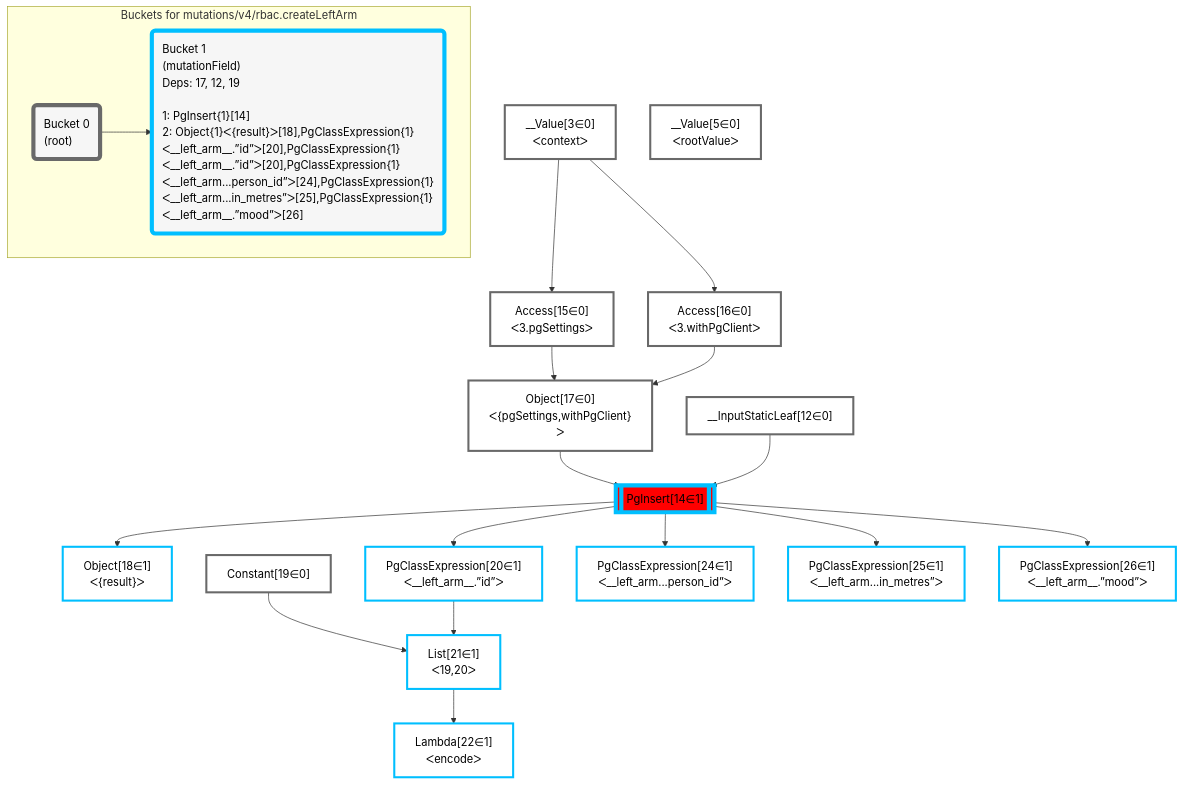
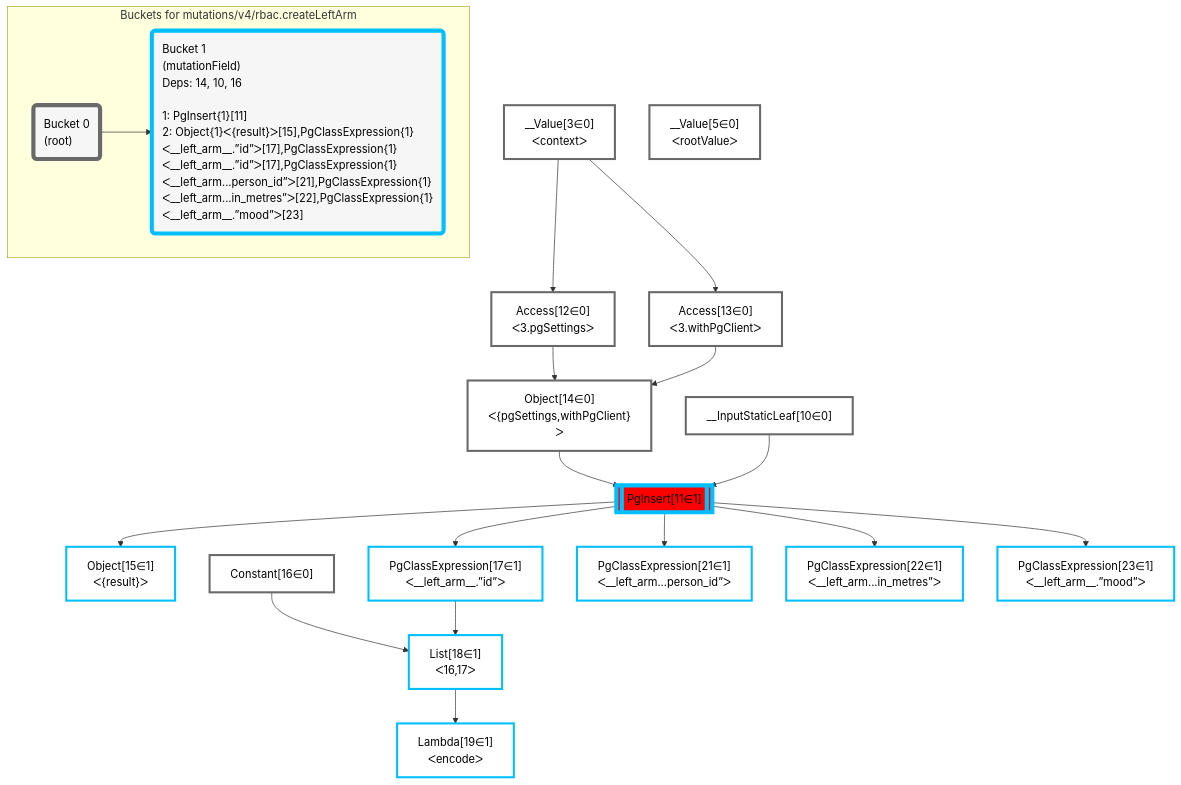
One commit to graphile/crystal changed the diagram in packages/postgraphile/__tests__/mutations/v4/rbac.createLeftArm.mermaid. Above: the diagram before and after it, drawn with Mermaid. The commit also changed 4 other files, not shown here.

Commit message:
Update mermaid plans

```diff
--- a/packages/postgraphile/__tests__/mutations/v4/rbac.createLeftArm.mermaid
+++ b/packages/postgraphile/__tests__/mutations/v4/rbac.createLeftArm.mermaid
@@ -1,47 +1,47 @@
 graph TD
     classDef path fill:#eee,stroke:#000,color:#000
     classDef plan fill:#fff,stroke-width:3px,color:#000
     classDef itemplan fill:#fff,stroke-width:6px,color:#000
     classDef sideeffectplan fill:#f00,stroke-width:6px,color:#000
     classDef bucket fill:#f6f6f6,color:#000,stroke-width:6px,text-align:left
 
 
     %% define steps
     __Value3["__Value[3∈0]<br />ᐸcontextᐳ"]:::plan
     __Value5["__Value[5∈0]<br />ᐸrootValueᐳ"]:::plan
-    __InputStaticLeaf12["__InputStaticLeaf[12∈0]"]:::plan
-    Access15["Access[15∈0]<br />ᐸ3.pgSettingsᐳ"]:::plan
-    Access16["Access[16∈0]<br />ᐸ3.withPgClientᐳ"]:::plan
-    Object17["Object[17∈0]<br />ᐸ{pgSettings,withPgClient}ᐳ"]:::plan
-    PgInsert14[["PgInsert[14∈1]"]]:::sideeffectplan
-    Object18["Object[18∈1]<br />ᐸ{result}ᐳ"]:::plan
-    Constant19["Constant[19∈0]"]:::plan
-    PgClassExpression20["PgClassExpression[20∈1]<br />ᐸ__left_arm__.”id”ᐳ"]:::plan
-    List21["List[21∈1]<br />ᐸ19,20ᐳ"]:::plan
-    Lambda22["Lambda[22∈1]<br />ᐸencodeᐳ"]:::plan
-    PgClassExpression24["PgClassExpression[24∈1]<br />ᐸ__left_arm...person_id”ᐳ"]:::plan
-    PgClassExpression25["PgClassExpression[25∈1]<br />ᐸ__left_arm...in_metres”ᐳ"]:::plan
-    PgClassExpression26["PgClassExpression[26∈1]<br />ᐸ__left_arm__.”mood”ᐳ"]:::plan
+    __InputStaticLeaf10["__InputStaticLeaf[10∈0]"]:::plan
+    Access12["Access[12∈0]<br />ᐸ3.pgSettingsᐳ"]:::plan
+    Access13["Access[13∈0]<br />ᐸ3.withPgClientᐳ"]:::plan
+    Object14["Object[14∈0]<br />ᐸ{pgSettings,withPgClient}ᐳ"]:::plan
+    PgInsert11[["PgInsert[11∈1]"]]:::sideeffectplan
+    Object15["Object[15∈1]<br />ᐸ{result}ᐳ"]:::plan
+    Constant16["Constant[16∈0]"]:::plan
+    PgClassExpression17["PgClassExpression[17∈1]<br />ᐸ__left_arm__.”id”ᐳ"]:::plan
+    List18["List[18∈1]<br />ᐸ16,17ᐳ"]:::plan
+    Lambda19["Lambda[19∈1]<br />ᐸencodeᐳ"]:::plan
+    PgClassExpression21["PgClassExpression[21∈1]<br />ᐸ__left_arm...person_id”ᐳ"]:::plan
+    PgClassExpression22["PgClassExpression[22∈1]<br />ᐸ__left_arm...in_metres”ᐳ"]:::plan
+    PgClassExpression23["PgClassExpression[23∈1]<br />ᐸ__left_arm__.”mood”ᐳ"]:::plan
 
     %% plan dependencies
-    __Value3 --> Access15
-    __Value3 --> Access16
-    Access15 & Access16 --> Object17
-    Object17 & __InputStaticLeaf12 --> PgInsert14
-    PgInsert14 --> Object18
-    PgInsert14 --> PgClassExpression20
-    Constant19 & PgClassExpression20 --> List21
-    List21 --> Lambda22
-    PgInsert14 --> PgClassExpression24
-    PgInsert14 --> PgClassExpression25
-    PgInsert14 --> PgClassExpression26
+    __Value3 --> Access12
+    __Value3 --> Access13
+    Access12 & Access13 --> Object14
+    Object14 & __InputStaticLeaf10 --> PgInsert11
+    PgInsert11 --> Object15
+    PgInsert11 --> PgClassExpression17
+    Constant16 & PgClassExpression17 --> List18
+    List18 --> Lambda19
+    PgInsert11 --> PgClassExpression21
+    PgInsert11 --> PgClassExpression22
+    PgInsert11 --> PgClassExpression23
 
     subgraph "Buckets for mutations/v4/rbac.createLeftArm"
     Bucket0("Bucket 0<br />(root)"):::bucket
     classDef bucket0 stroke:#696969
-    class Bucket0,__Value3,__Value5,__InputStaticLeaf12,Access15,Access16,Object17,Constant19 bucket0
-    Bucket1("Bucket 1<br />(mutationField)<br />Deps: 17, 12, 19<br /><br />1: PgInsert{1}[14]<br />2: Object{1}ᐸ{result}ᐳ[18],PgClassExpression{1}ᐸ__left_arm__.”id”ᐳ[20],PgClassExpression{1}ᐸ__left_arm__.”id”ᐳ[20],PgClassExpression{1}ᐸ__left_arm...person_id”ᐳ[24],PgClassExpression{1}ᐸ__left_arm...in_metres”ᐳ[25],PgClassExpression{1}ᐸ__left_arm__.”mood”ᐳ[26]"):::bucket
+    class Bucket0,__Value3,__Value5,__InputStaticLeaf10,Access12,Access13,Object14,Constant16 bucket0
+    Bucket1("Bucket 1<br />(mutationField)<br />Deps: 14, 10, 16<br /><br />1: PgInsert{1}[11]<br />2: Object{1}ᐸ{result}ᐳ[15],PgClassExpression{1}ᐸ__left_arm__.”id”ᐳ[17],PgClassExpression{1}ᐸ__left_arm__.”id”ᐳ[17],PgClassExpression{1}ᐸ__left_arm...person_id”ᐳ[21],PgClassExpression{1}ᐸ__left_arm...in_metres”ᐳ[22],PgClassExpression{1}ᐸ__left_arm__.”mood”ᐳ[23]"):::bucket
     classDef bucket1 stroke:#00bfff
-    class Bucket1,PgInsert14,Object18,PgClassExpression20,List21,Lambda22,PgClassExpression24,PgClassExpression25,PgClassExpression26 bucket1
+    class Bucket1,PgInsert11,Object15,PgClassExpression17,List18,Lambda19,PgClassExpression21,PgClassExpression22,PgClassExpression23 bucket1
     Bucket0 --> Bucket1
     end
```
